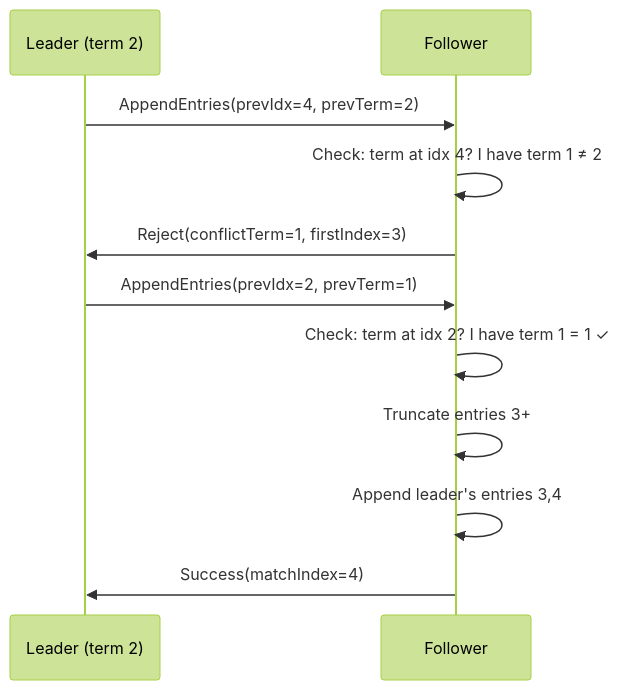
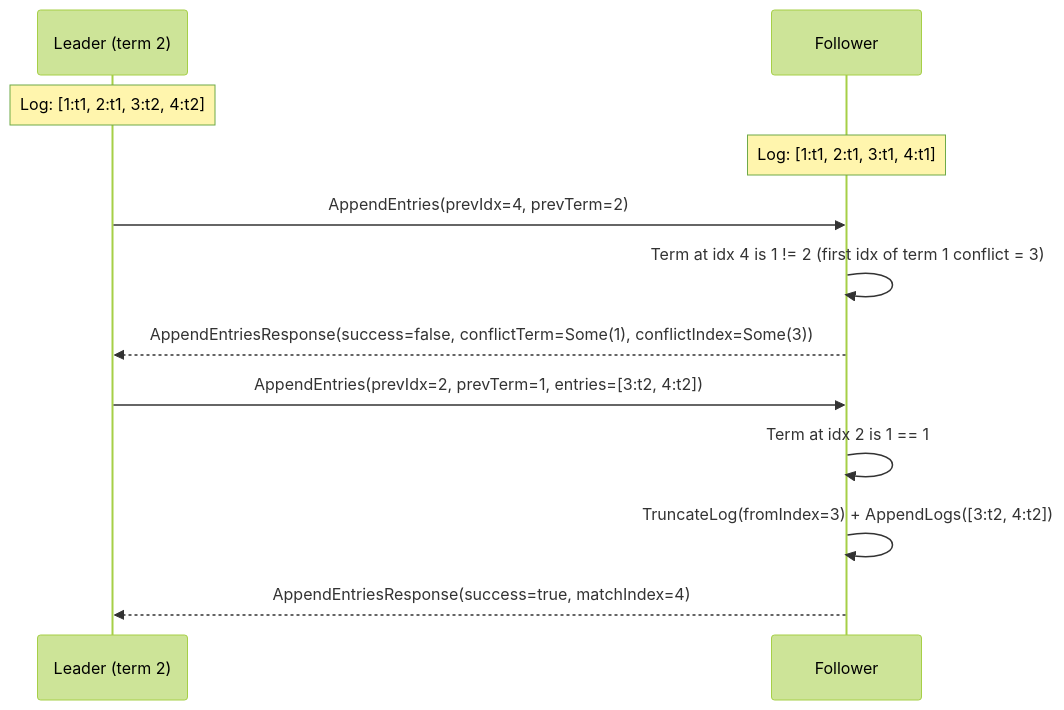
The second of 6 diagrams in docs/book/09-log-replication-practice.md (bmscomp/raft), drawn with Mermaid (forest theme) before and after one commit. The commit also changed other lines of this file and 8 other files, not shown here.

````diff
--- a/docs/book/09-log-replication-practice.md
+++ b/docs/book/09-log-replication-practice.md
@@ -105,15 +93,17 @@
 ```mermaid
 sequenceDiagram
     participant L as Leader (term 2)
     participant F as Follower
 
+    Note over L: Log: [1:t1, 2:t1, 3:t2, 4:t2]
+    Note over F: Log: [1:t1, 2:t1, 3:t1, 4:t1]
+
     L->>F: AppendEntries(prevIdx=4, prevTerm=2)
-    F->>F: Check: term at idx 4? I have term 1 ≠ 2
-    F->>L: Reject(conflictTerm=1, firstIndex=3)
+    F->>F: Term at idx 4 is 1 != 2 (first idx of term 1 conflict = 3)
+    F-->>L: AppendEntriesResponse(success=false, conflictTerm=Some(1), conflictIndex=Some(3))
 
-    L->>F: AppendEntries(prevIdx=2, prevTerm=1)
-    F->>F: Check: term at idx 2? I have term 1 = 1 ✓
-    F->>F: Truncate entries 3+
-    F->>F: Append leader's entries 3,4
-    F->>L: Success(matchIndex=4)
+    L->>F: AppendEntries(prevIdx=2, prevTerm=1, entries=[3:t2, 4:t2])
+    F->>F: Term at idx 2 is 1 == 1
+    F->>F: TruncateLog(fromIndex=3) + AppendLogs([3:t2, 4:t2])
+    F-->>L: AppendEntriesResponse(success=true, matchIndex=4)
 ```
````
